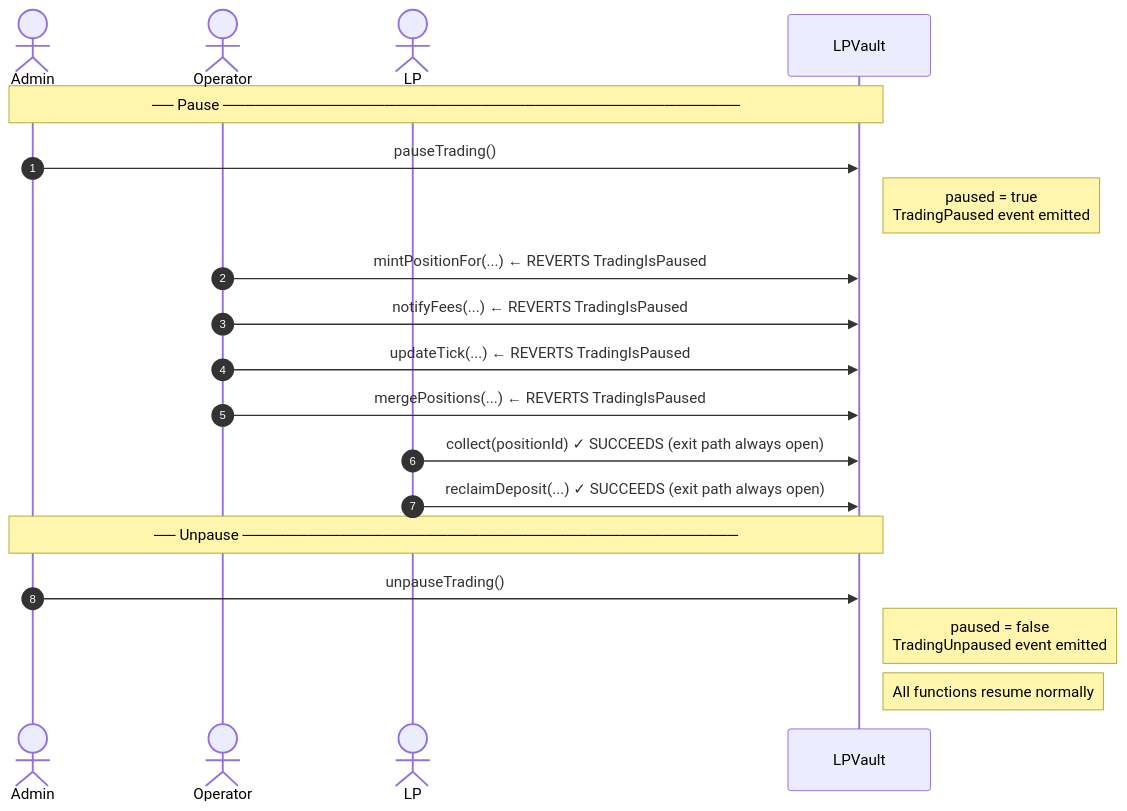
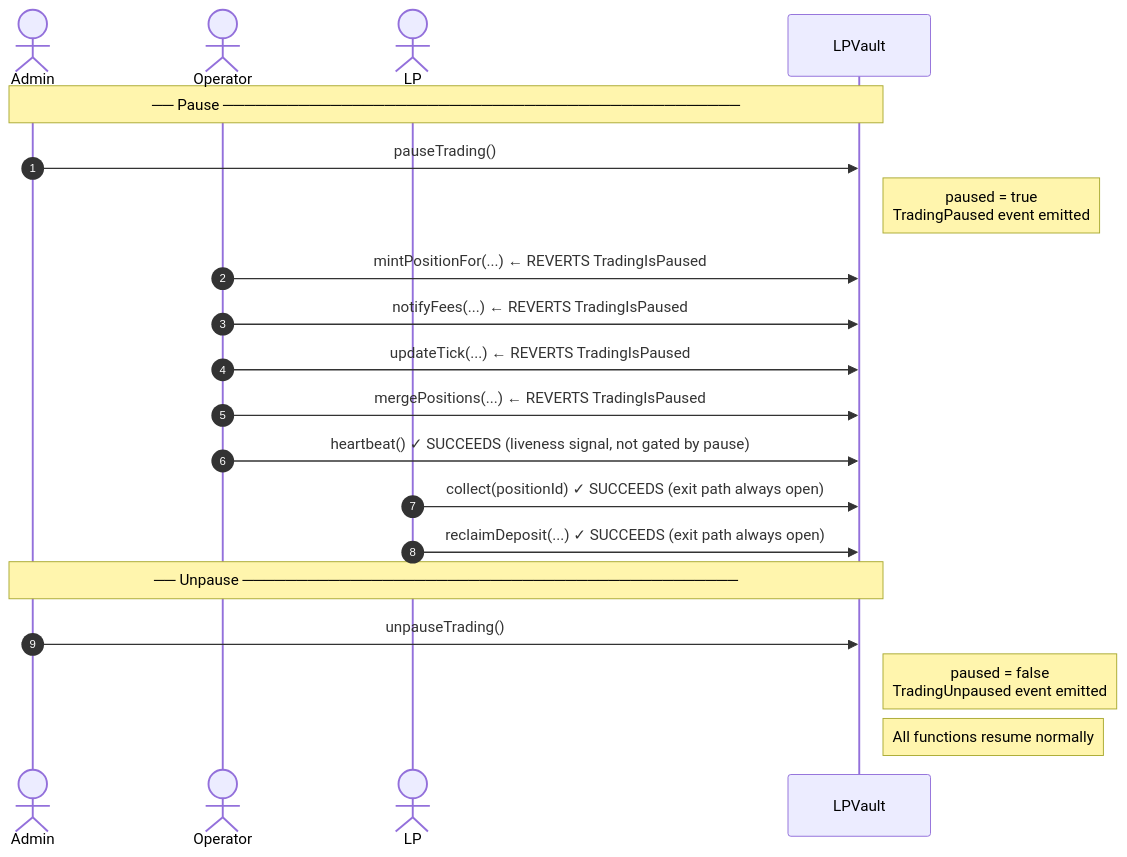
Before and after one commit to ProphetMarket/lp-vaults: the tenth of 12 diagrams in FLOWS.md, drawn with Mermaid. The commit also changed other lines of this file and 3 other files, not shown here.

First line of the commit message:
chore (vault): Document the heartbeat and update the plan for R3

````diff
--- a/FLOWS.md
+++ b/FLOWS.md
@@ -307,25 +312,26 @@
 ```mermaid
 sequenceDiagram
     autonumber
     actor Admin
     actor Operator
     actor LP
     participant Vault as LPVault
 
     Note over Admin,Vault: ── Pause ────────────────────────────────────────────────
     Admin->>Vault: pauseTrading()
     Note right of Vault: paused = true<br/>TradingPaused event emitted
 
     Operator->>Vault: mintPositionFor(...) ← REVERTS TradingIsPaused
     Operator->>Vault: notifyFees(...)      ← REVERTS TradingIsPaused
     Operator->>Vault: updateTick(...)      ← REVERTS TradingIsPaused
     Operator->>Vault: mergePositions(...)  ← REVERTS TradingIsPaused
+    Operator->>Vault: heartbeat()          ✓ SUCCEEDS (liveness signal, not gated by pause)
 
     LP->>Vault: collect(positionId)        ✓ SUCCEEDS (exit path always open)
     LP->>Vault: reclaimDeposit(...)        ✓ SUCCEEDS (exit path always open)
 
     Note over Admin,Vault: ── Unpause ──────────────────────────────────────────────
     Admin->>Vault: unpauseTrading()
     Note right of Vault: paused = false<br/>TradingUnpaused event emitted
     Note right of Vault: All functions resume normally
 ```
````
